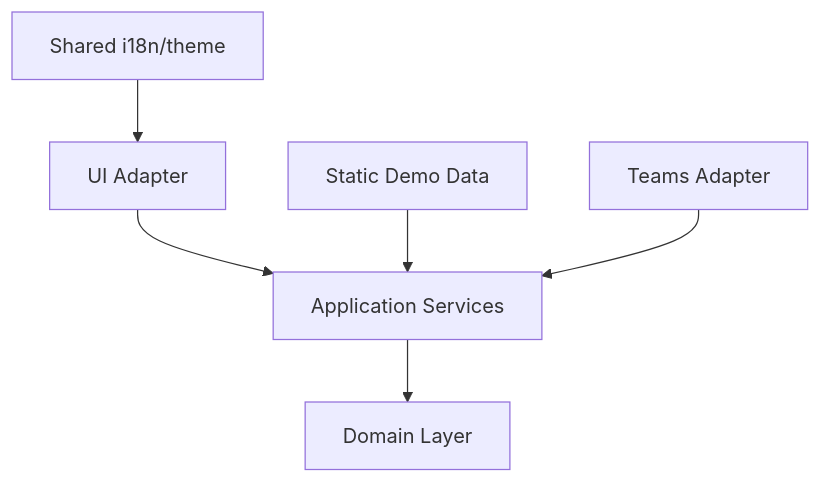
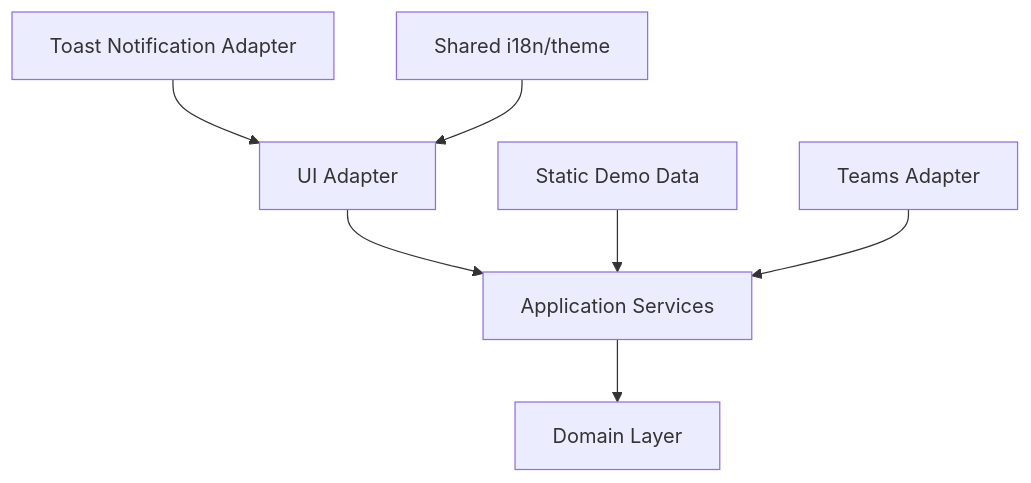
One commit to yug-infra/asystent-studenta-ai-demo changed the first of 2 diagrams in docs/ARCHITECTURE.md. Above: the diagram before and after it, drawn with Mermaid. The commit also changed other lines of this file, not shown here.

Commit message:
Document toast notification adapter

````diff
--- a/docs/ARCHITECTURE.md
+++ b/docs/ARCHITECTURE.md
@@ -30,8 +30,9 @@
 ```mermaid
 flowchart TD
     UI["UI Adapter"] --> APP["Application Services"]
     APP --> DOMAIN["Domain Layer"]
     DATA["Static Demo Data"] --> APP
     TEAMS["Teams Adapter"] --> APP
+    TOAST["Toast Notification Adapter"] --> UI
     SHARED["Shared i18n/theme"] --> UI
 ```
````
